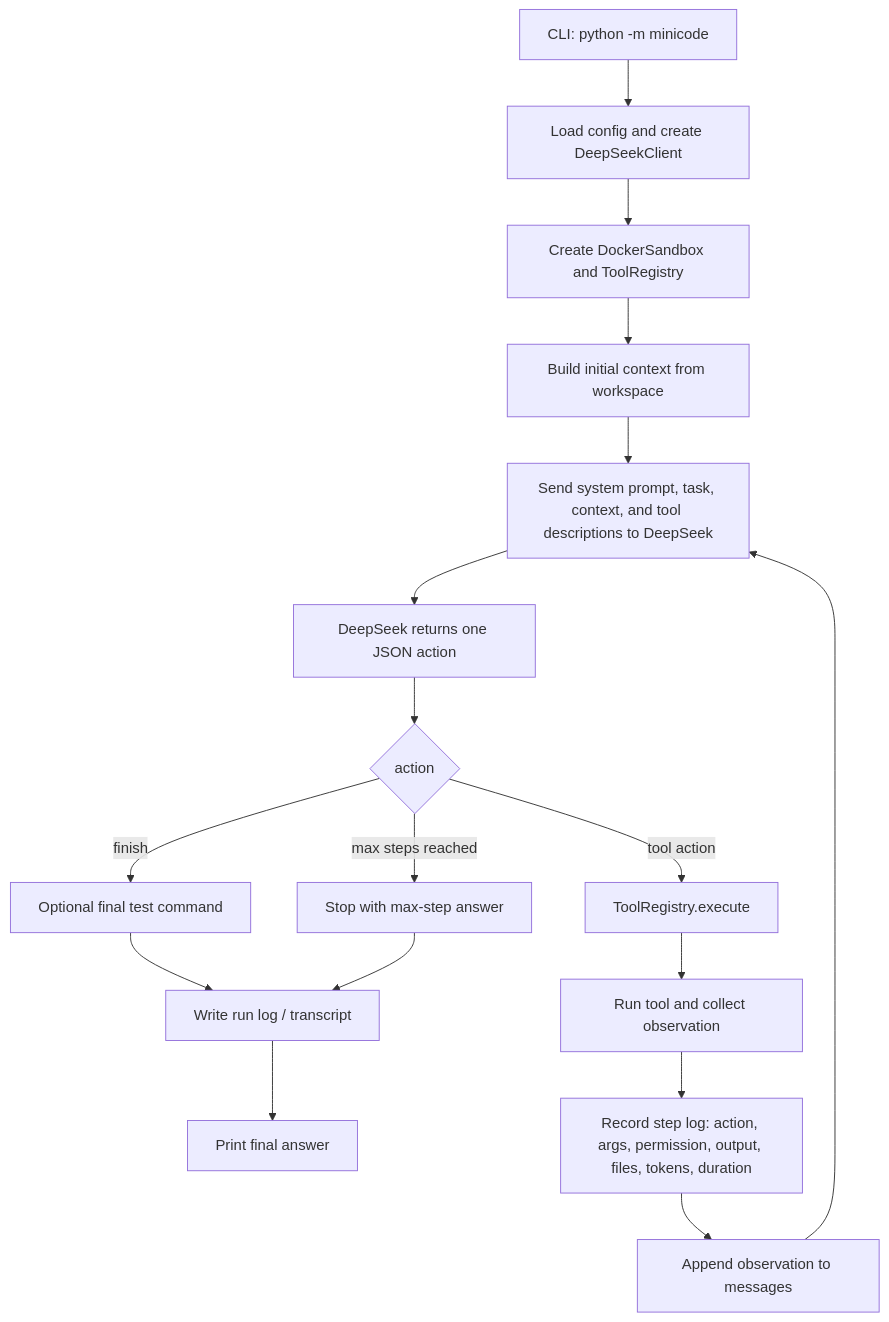
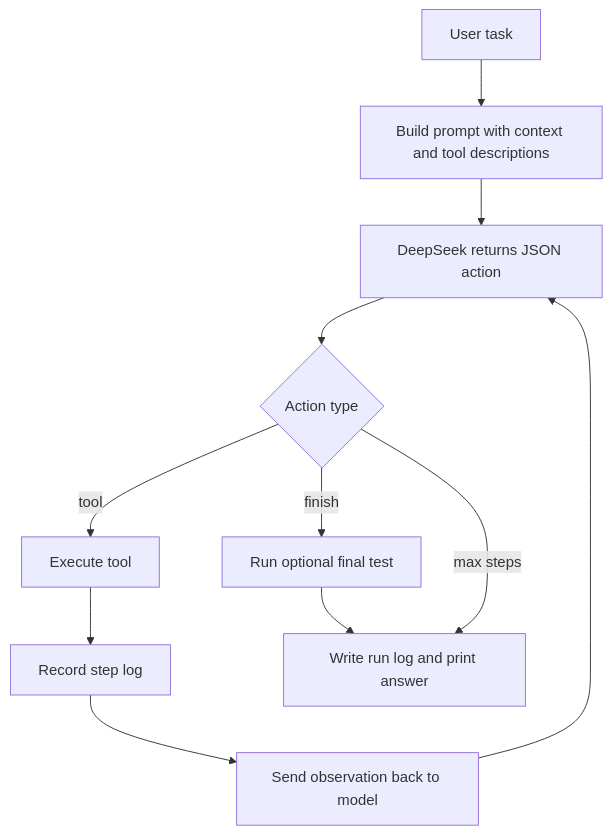
Before and after one commit to Cachuela11/MiniCode: the first of 2 diagrams in README.md, drawn with Mermaid. The commit also changed other lines of this file, not shown here.

````diff
--- a/README.md
+++ b/README.md
@@ -33,19 +33,13 @@
 ```mermaid
 flowchart TD
-    A[CLI: python -m minicode] --> B[Load config and create DeepSeekClient]
-    B --> C[Create DockerSandbox and ToolRegistry]
-    C --> D[Build initial context from workspace]
-    D --> E[Send system prompt, task, context, and tool descriptions to DeepSeek]
-    E --> F[DeepSeek returns one JSON action]
-    F --> G{action}
-    G -->|finish| H[Optional final test command]
-    H --> I[Write run log / transcript]
-    I --> J[Print final answer]
-    G -->|tool action| K[ToolRegistry.execute]
-    K --> L[Run tool and collect observation]
-    L --> M[Record step log: action, args, permission, output, files, tokens, duration]
-    M --> N[Append observation to messages]
-    N --> E
-    G -->|max steps reached| O[Stop with max-step answer]
-    O --> I
+    A[User task] --> B[Build prompt with context and tool descriptions]
+    B --> C[DeepSeek returns JSON action]
+    C --> D{Action type}
+    D -->|tool| E[Execute tool]
+    E --> F[Record step log]
+    F --> G[Send observation back to model]
+    G --> C
+    D -->|finish| H[Run optional final test]
+    H --> I[Write run log and print answer]
+    D -->|max steps| I
 ```
````
